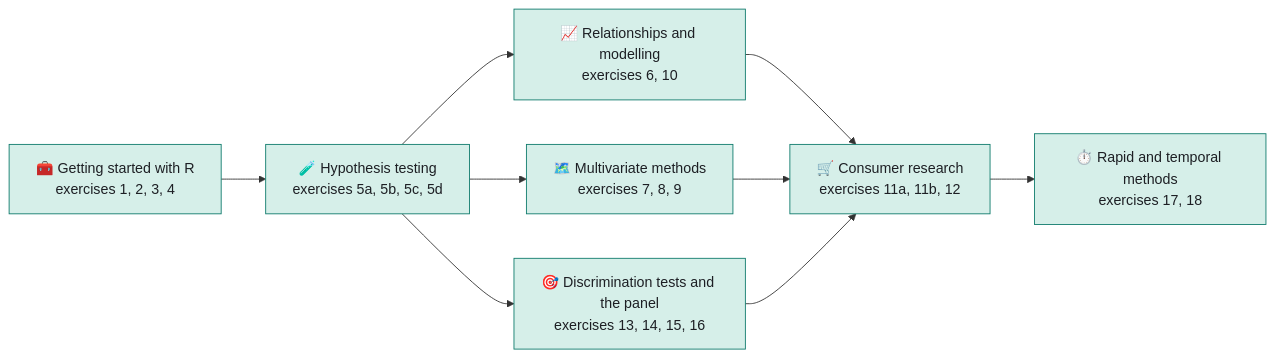
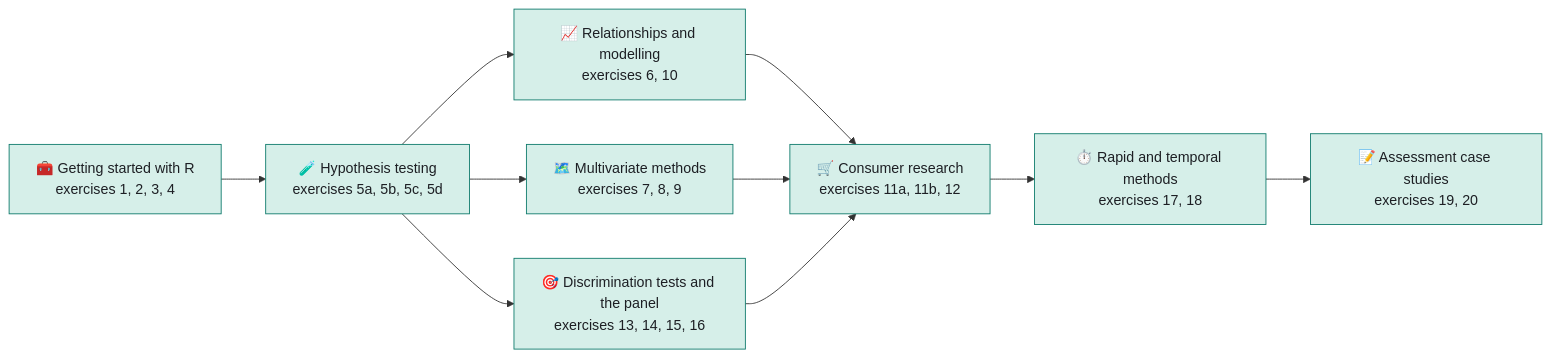
The second of 2 diagrams in README.md (senzorika/SaIT), drawn with Mermaid before and after one commit. The commit also changed other lines of this file and 57 other files, not shown here.

````diff
--- a/README.md
+++ b/README.md
@@ -162,20 +171,22 @@
 ```mermaid
 flowchart LR
     B0["🧰 Getting started with R<br/>exercises 1, 2, 3, 4"]
     B1["🧪 Hypothesis testing<br/>exercises 5a, 5b, 5c, 5d"]
     B2["📈 Relationships and modelling<br/>exercises 6, 10"]
     B3["🗺️ Multivariate methods<br/>exercises 7, 8, 9"]
     B4["🎯 Discrimination tests and the panel<br/>exercises 13, 14, 15, 16"]
     B5["🛒 Consumer research<br/>exercises 11a, 11b, 12"]
     B6["⏱️ Rapid and temporal methods<br/>exercises 17, 18"]
+    B7["📝 Assessment case studies<br/>exercises 19, 20"]
     B0 --> B1
     B1 --> B2
     B1 --> B3
     B1 --> B4
     B2 --> B5
     B3 --> B5
     B4 --> B5
     B5 --> B6
+    B6 --> B7
     classDef blk fill:#d6efe9,stroke:#0f7b6c,color:#1d1f24
-    class B0,B1,B2,B3,B4,B5,B6 blk
+    class B0,B1,B2,B3,B4,B5,B6,B7 blk
 ```
````
